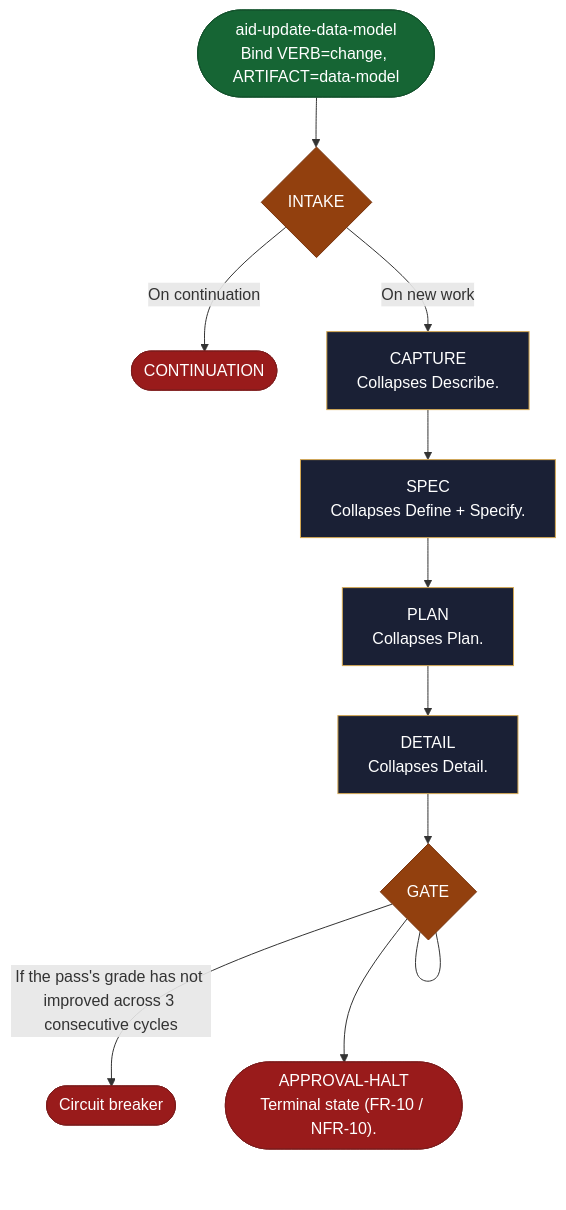
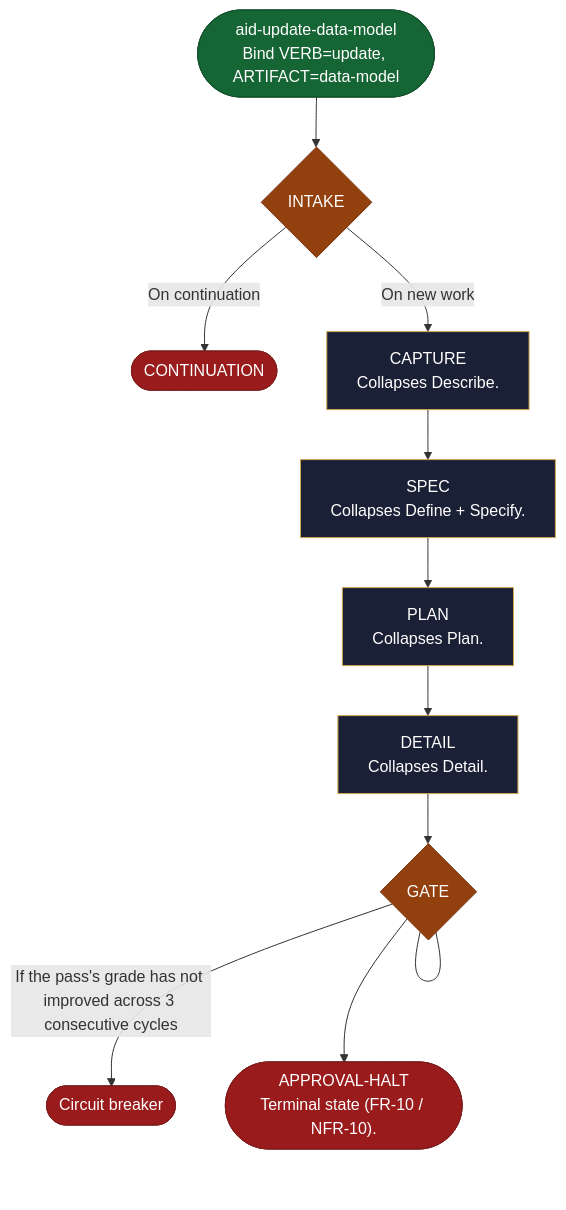
One commit to AndreVianna/aid-methodology changed the diagram in site/src/content/docs/skills/aid-update-data-model.md. Above: the diagram before and after it, drawn with Mermaid. The commit also changed other lines of this file and 99 other files, not shown here.

````diff
--- a/site/src/content/docs/skills/aid-update-data-model.md
+++ b/site/src/content/docs/skills/aid-update-data-model.md
@@ -20,49 +20,49 @@
 ```mermaid
 flowchart TB
   classDef aidNode color:#fff
   classDef aidEntry fill:#166534,stroke:#14532d,color:#fff
   classDef aidExit fill:#991b1b,stroke:#7f1d1d,color:#fff
   classDef aidDecision fill:#92400e,stroke:#78350f,color:#fff
   classDef aidLoopBack fill:#1e3a8a,stroke:#1e3a8a,color:#fff
   classDef aidStep fill:#1a2035,stroke:#d4a853,color:#f1f5f9
-  n1(["aid-update-data-model<br/>Bind VERB=change, ARTIFACT=data-model"])
+  n1(["aid-update-data-model<br/>Bind VERB=update, ARTIFACT=data-model"])
   n2{"INTAKE"}
   n3(["CONTINUATION"])
   n4["CAPTURE<br/>Collapses Describe."]
   n5["SPEC<br/>Collapses Define + Specify."]
   n6["PLAN<br/>Collapses Plan."]
   n7["DETAIL<br/>Collapses Detail."]
   n8{"GATE"}
   n9(["Circuit breaker"])
   n10(["APPROVAL-HALT<br/>Terminal state (FR-10 / NFR-10)."])
   n1 --> n2
   n2 -->|"On continuation"| n3
   n2 -->|"On new work"| n4
   n4 --> n5
   n5 --> n6
   n6 --> n7
   n7 --> n8
   n8 --- n8
   n8 -->|"If the pass's grade has not improved across 3 consecutive cycles"| n9
   n8 --> n10
   class n1 aidEntry
   class n2 aidDecision
   class n3 aidExit
   class n4 aidStep
   class n5 aidStep
   class n6 aidStep
   class n7 aidStep
   class n8 aidDecision
   class n9 aidExit
   class n10 aidExit
   class n1 aidNode
   class n2 aidNode
   class n3 aidNode
   class n4 aidNode
   class n5 aidNode
   class n6 aidNode
   class n7 aidNode
   class n8 aidNode
   class n9 aidNode
   class n10 aidNode
 ```
````
